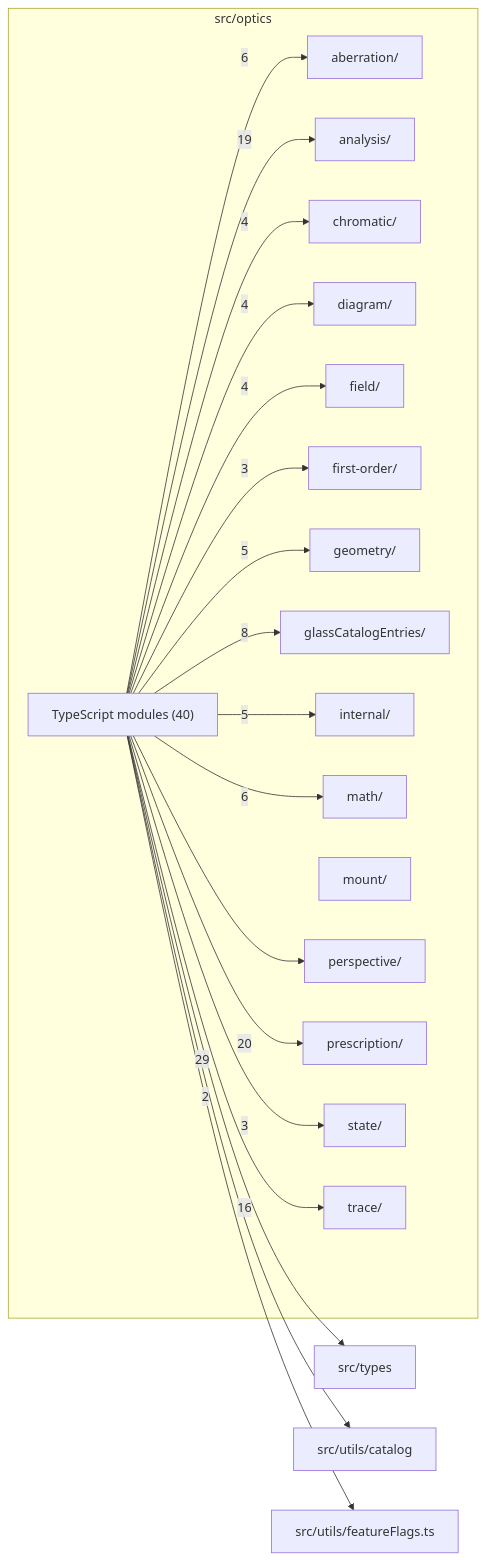
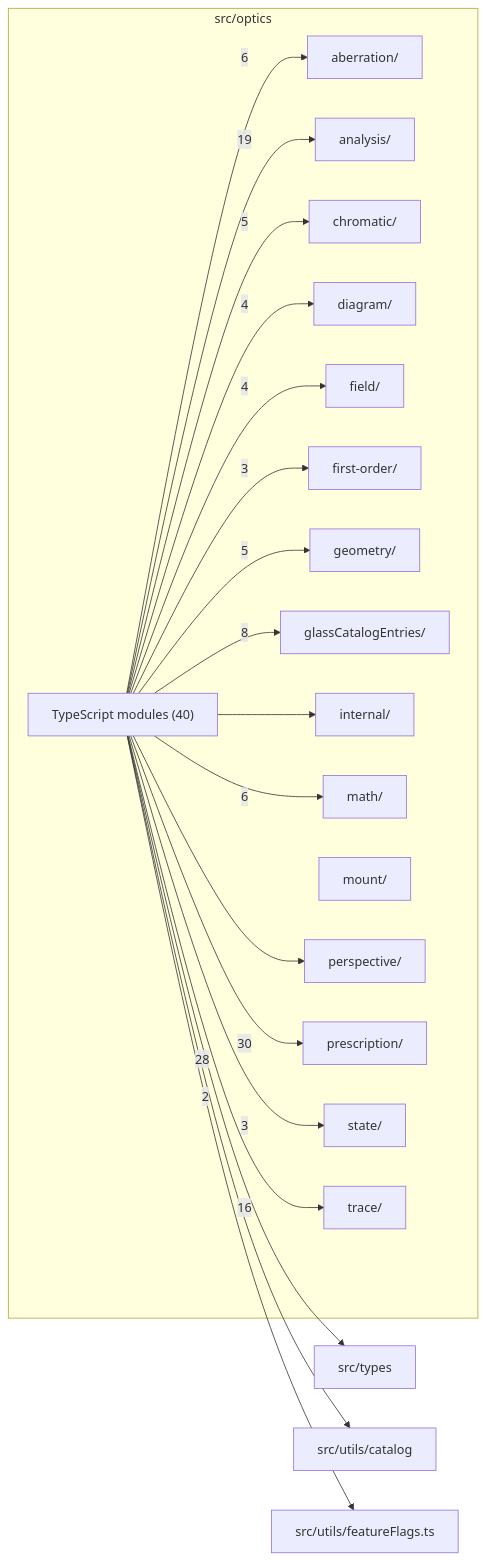
The diagram in src/optics/readme.md (ronbuening/LensVisualizer), drawn with Mermaid before and after one commit. The commit also changed other lines of this file and 70 other files, not shown here.

````diff
--- a/src/optics/readme.md
+++ b/src/optics/readme.md
@@ -9,41 +9,41 @@
 ```mermaid
 flowchart LR
   subgraph n_src_optics["src/optics"]
     n_src_optics_src_optics_aberration["aberration/"]
     n_src_optics_src_optics_analysis["analysis/"]
     n_src_optics_src_optics_chromatic["chromatic/"]
     n_src_optics_src_optics_diagram["diagram/"]
     n_src_optics_src_optics_field["field/"]
     n_src_optics_src_optics_first_order["first-order/"]
     n_src_optics_src_optics_geometry["geometry/"]
     n_src_optics_src_optics_glassCatalogEntries["glassCatalogEntries/"]
     n_src_optics_src_optics_internal["internal/"]
     n_src_optics_src_optics_math["math/"]
     n_src_optics_src_optics_mount["mount/"]
     n_src_optics_src_optics_perspective["perspective/"]
     n_src_optics_src_optics_prescription["prescription/"]
     n_src_optics_src_optics_state["state/"]
     n_src_optics_src_optics_trace["trace/"]
     n_src_optics_TypeScript_modules["TypeScript modules (40)"]
   end
   n_external_src_types["src/types"]
   n_external_src_utils_catalog["src/utils/catalog"]
   n_external_src_utils_featureFlags_ts["src/utils/featureFlags.ts"]
-  n_src_optics_TypeScript_modules --> |29| n_external_src_types
-  n_src_optics_TypeScript_modules --> |20| n_src_optics_src_optics_prescription
+  n_src_optics_TypeScript_modules --> |30| n_src_optics_src_optics_prescription
+  n_src_optics_TypeScript_modules --> |28| n_external_src_types
   n_src_optics_TypeScript_modules --> |19| n_src_optics_src_optics_analysis
   n_src_optics_TypeScript_modules --> |16| n_src_optics_src_optics_trace
   n_src_optics_TypeScript_modules --> |8| n_src_optics_src_optics_glassCatalogEntries
   n_src_optics_TypeScript_modules --> |6| n_src_optics_src_optics_aberration
   n_src_optics_TypeScript_modules --> |6| n_src_optics_src_optics_math
+  n_src_optics_TypeScript_modules --> |5| n_src_optics_src_optics_chromatic
   n_src_optics_TypeScript_modules --> |5| n_src_optics_src_optics_geometry
-  n_src_optics_TypeScript_modules --> |5| n_src_optics_src_optics_internal
-  n_src_optics_TypeScript_modules --> |4| n_src_optics_src_optics_chromatic
   n_src_optics_TypeScript_modules --> |4| n_src_optics_src_optics_diagram
   n_src_optics_TypeScript_modules --> |4| n_src_optics_src_optics_field
   n_src_optics_TypeScript_modules --> |3| n_src_optics_src_optics_first_order
   n_src_optics_TypeScript_modules --> |3| n_src_optics_src_optics_state
   n_src_optics_TypeScript_modules --> |2| n_external_src_utils_catalog
   n_src_optics_TypeScript_modules --> n_external_src_utils_featureFlags_ts
+  n_src_optics_TypeScript_modules --> n_src_optics_src_optics_internal
   n_src_optics_TypeScript_modules --> n_src_optics_src_optics_perspective
 ```
````
